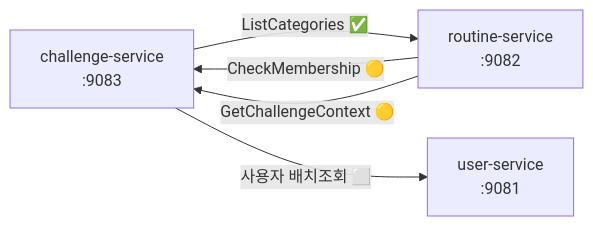
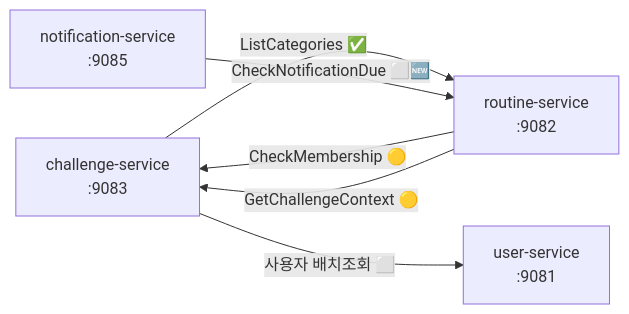
One commit to routinely-platform/routinely-backend changed the second of 4 diagrams in docs/architecture/service-interaction-map.md. Above: the diagram before and after it, drawn with Mermaid. The commit also changed other lines of this file and 11 other files, not shown here.

````diff
--- a/docs/architecture/service-interaction-map.md
+++ b/docs/architecture/service-interaction-map.md
@@ -106,11 +106,13 @@
 ```mermaid
 graph LR
   C["challenge-service<br/>:9083"]
   R["routine-service<br/>:9082"]
   U["user-service<br/>:9081"]
+  N["notification-service<br/>:9085"]
 
   C -->|"ListCategories ✅"| R
   R -->|"CheckMembership 🟡"| C
   R -->|"GetChallengeContext 🟡"| C
   C -->|"사용자 배치조회 ⬜"| U
+  N -->|"CheckNotificationDue ⬜🆕"| R
 ```
````
